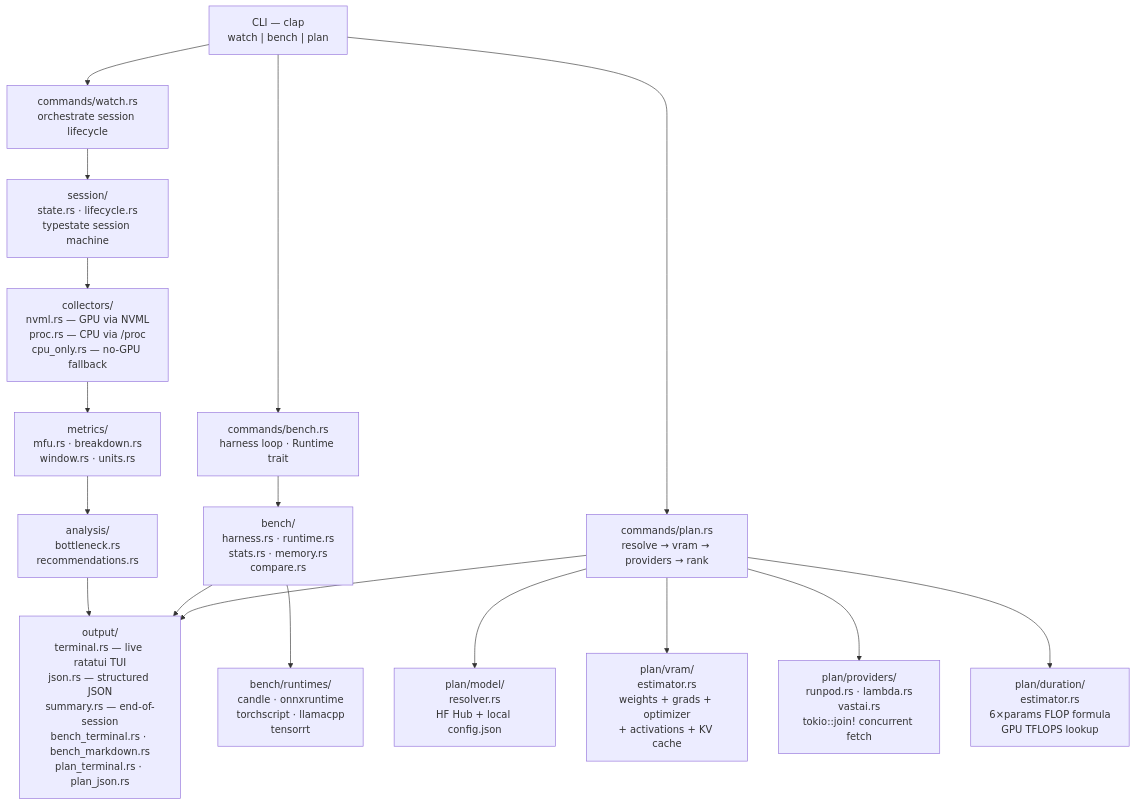
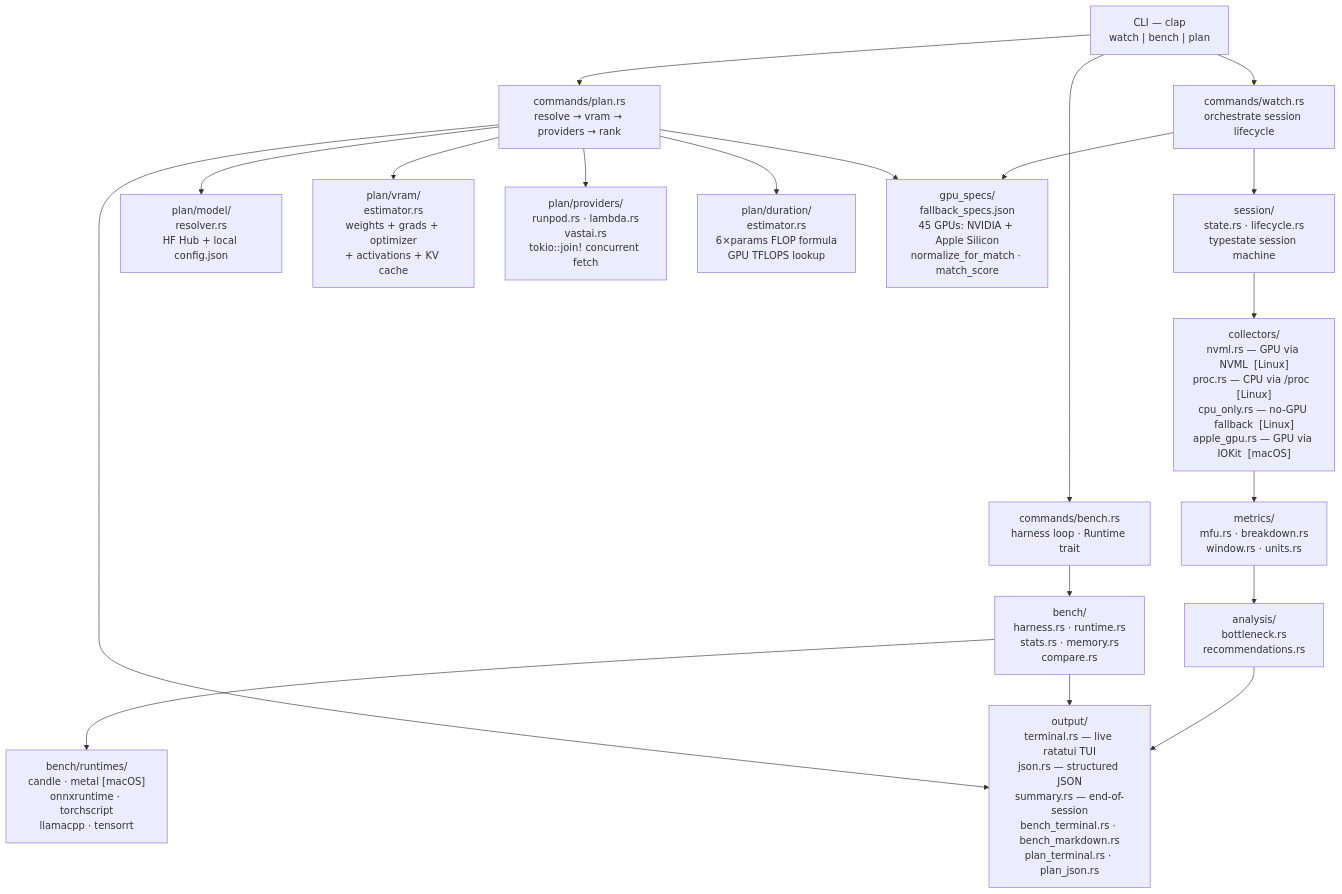
Before and after one commit to PrajwalAmte/Calibrate: the diagram in README.md, drawn with Mermaid. The commit also changed other lines of this file and 16 other files, not shown here.

Commit message:
feat: extend Calibrate for macOS with Apple Silicon GPU support (Phases 1-4)

````diff
--- a/README.md
+++ b/README.md
@@ -25,27 +25,31 @@
 ```mermaid
 graph TD
-    CLI["CLI — clap\nwatch | bench | plan"]
+    CLI["CLI — clap<br/>watch | bench | plan"]
 
-    CLI --> CmdWatch["commands/watch.rs\norchestrate session lifecycle"]
-    CLI --> CmdBench["commands/bench.rs\nharness loop · Runtime trait"]
-    CLI --> CmdPlan["commands/plan.rs\nresolve → vram → providers → rank"]
+    CLI --> CmdWatch["commands/watch.rs<br/>orchestrate session lifecycle"]
+    CLI --> CmdBench["commands/bench.rs<br/>harness loop · Runtime trait"]
+    CLI --> CmdPlan["commands/plan.rs<br/>resolve → vram → providers → rank"]
 
-    CmdWatch --> Session["session/\nstate.rs · lifecycle.rs\ntypestate session machine"]
-    Session --> Collectors["collectors/\nnvml.rs — GPU via NVML\nproc.rs — CPU via /proc\ncpu_only.rs — no-GPU fallback"]
-    Collectors --> Metrics["metrics/\nmfu.rs · breakdown.rs\nwindow.rs · units.rs"]
-    Metrics --> Analysis["analysis/\nbottleneck.rs\nrecommendations.rs"]
+    CmdWatch --> Session["session/<br/>state.rs · lifecycle.rs<br/>typestate session machine"]
+    Session --> Collectors["collectors/<br/>nvml.rs — GPU via NVML  [Linux]<br/>proc.rs — CPU via /proc  [Linux]<br/>cpu_only.rs — no-GPU fallback  [Linux]<br/>apple_gpu.rs — GPU via IOKit  [macOS]"]
+    Collectors --> Metrics["metrics/<br/>mfu.rs · breakdown.rs<br/>window.rs · units.rs"]
+    Metrics --> Analysis["analysis/<br/>bottleneck.rs<br/>recommendations.rs"]
 
-    CmdBench --> BenchCore["bench/\nharness.rs · runtime.rs\nstats.rs · memory.rs\ncompare.rs"]
-    BenchCore --> Runtimes["bench/runtimes/\ncandle · onnxruntime\ntorchscript · llamacpp\ntensorrt"]
+    CmdBench --> BenchCore["bench/<br/>harness.rs · runtime.rs<br/>stats.rs · memory.rs<br/>compare.rs"]
+    BenchCore --> Runtimes["bench/runtimes/<br/>candle · metal [macOS]<br/>onnxruntime · torchscript<br/>llamacpp · tensorrt"]
 
-    CmdPlan --> PlanModel["plan/model/\nresolver.rs\nHF Hub + local config.json"]
-    CmdPlan --> PlanVram["plan/vram/\nestimator.rs\nweights + grads + optimizer\n+ activations + KV cache"]
-    CmdPlan --> PlanProviders["plan/providers/\nrunpod.rs · lambda.rs\nvastai.rs\ntokio::join! concurrent fetch"]
-    CmdPlan --> PlanDuration["plan/duration/\nestimator.rs\n6×params FLOP formula\nGPU TFLOPS lookup"]
+    CmdPlan --> PlanModel["plan/model/<br/>resolver.rs<br/>HF Hub + local config.json"]
+    CmdPlan --> PlanVram["plan/vram/<br/>estimator.rs<br/>weights + grads + optimizer<br/>+ activations + KV cache"]
+    CmdPlan --> PlanProviders["plan/providers/<br/>runpod.rs · lambda.rs<br/>vastai.rs<br/>tokio::join! concurrent fetch"]
+    CmdPlan --> PlanDuration["plan/duration/<br/>estimator.rs<br/>6×params FLOP formula<br/>GPU TFLOPS lookup"]
 
     Analysis --> Output
     BenchCore --> Output
     CmdPlan --> Output
 
-    Output["output/\nterminal.rs — live ratatui TUI\njson.rs — structured JSON\nsummary.rs — end-of-session\nbench_terminal.rs · bench_markdown.rs\nplan_terminal.rs · plan_json.rs"]
+    Output["output/<br/>terminal.rs — live ratatui TUI<br/>json.rs — structured JSON<br/>summary.rs — end-of-session<br/>bench_terminal.rs · bench_markdown.rs<br/>plan_terminal.rs · plan_json.rs"]
+
+    GpuSpecs["gpu_specs/<br/>fallback_specs.json<br/>45 GPUs: NVIDIA + Apple Silicon<br/>normalize_for_match · match_score"]
+    CmdWatch --> GpuSpecs
+    CmdPlan --> GpuSpecs
 ```
````
